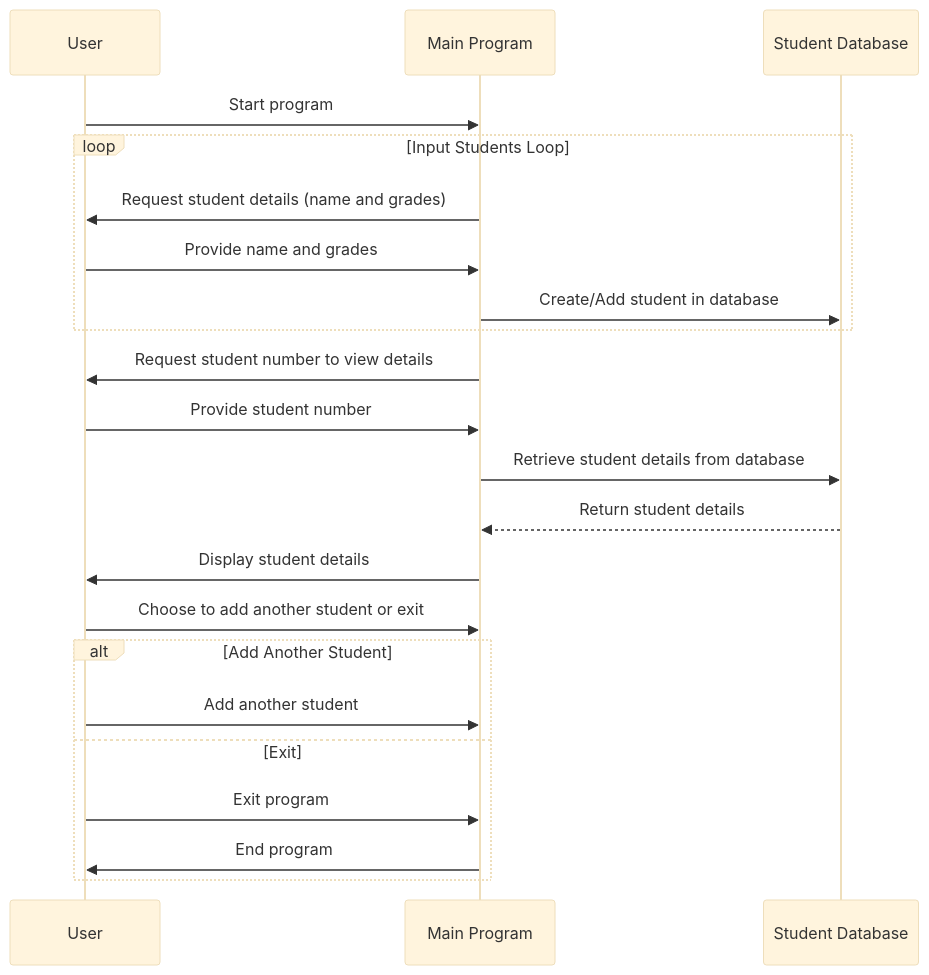
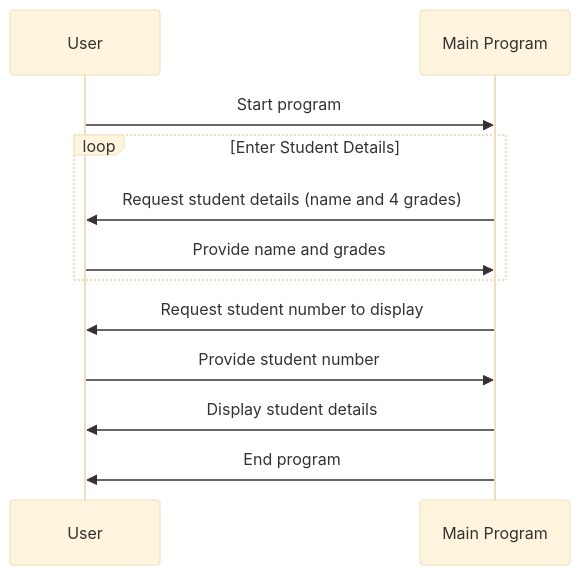
One commit to Chinilshik-kalkulatorov/No_ changed the diagram in README.md. Above: the diagram before and after it, drawn with Mermaid (base theme).

````diff
--- a/README.md
+++ b/README.md
@@ -12,25 +12,15 @@
 ```mermaid
 sequenceDiagram
     participant U as User
     participant M as Main Program
-    participant S as Student Database
 
     U->>M: Start program
-    loop Input Students Loop
-        M->>U: Request student details (name and grades)
+    loop Enter Student Details
+        M->>U: Request student details (name and 4 grades)
         U->>M: Provide name and grades
-        M->>S: Create/Add student in database
     end
-    M->>U: Request student number to view details
+    M->>U: Request student number to display
     U->>M: Provide student number
-    M->>S: Retrieve student details from database
-    S-->>M: Return student details
     M->>U: Display student details
-    U->>M: Choose to add another student or exit
-    alt Add Another Student
-        U->>M: Add another student
-    else Exit
-        U->>M: Exit program
-        M->>U: End program
-    end
+    M->>U: End program
 ```
````
